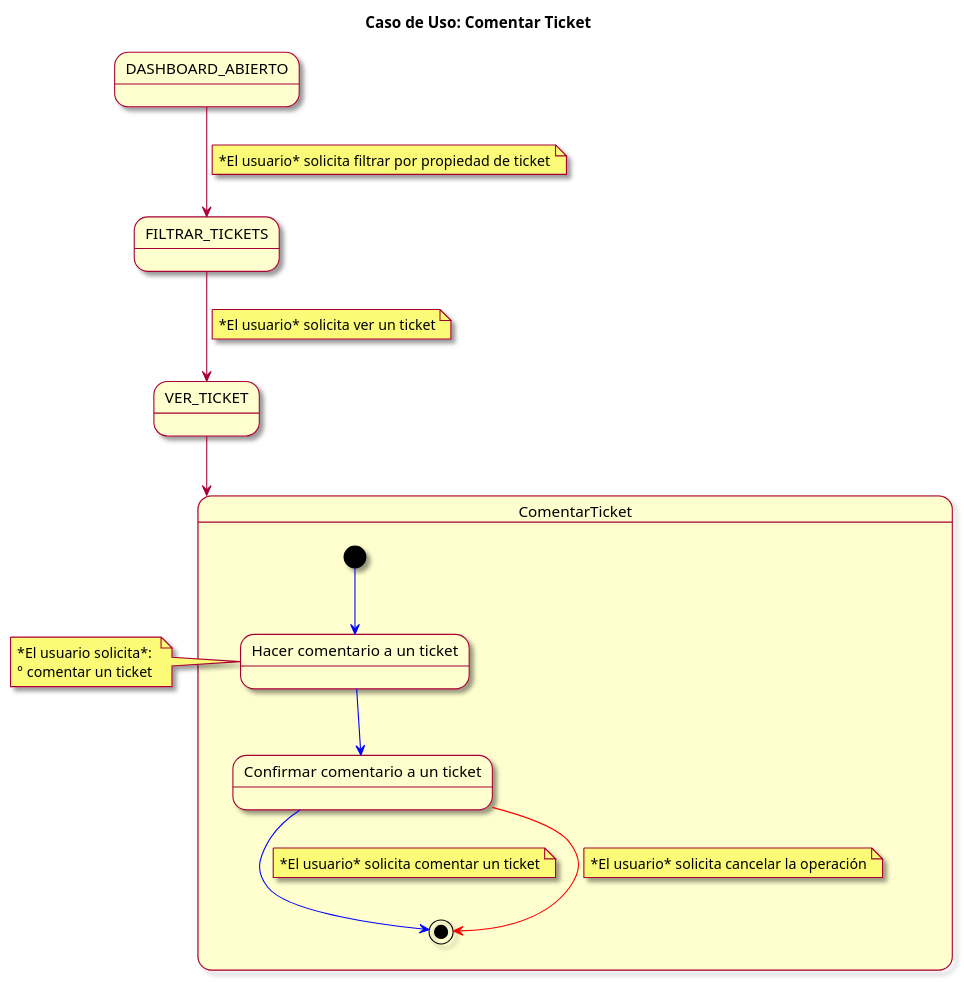
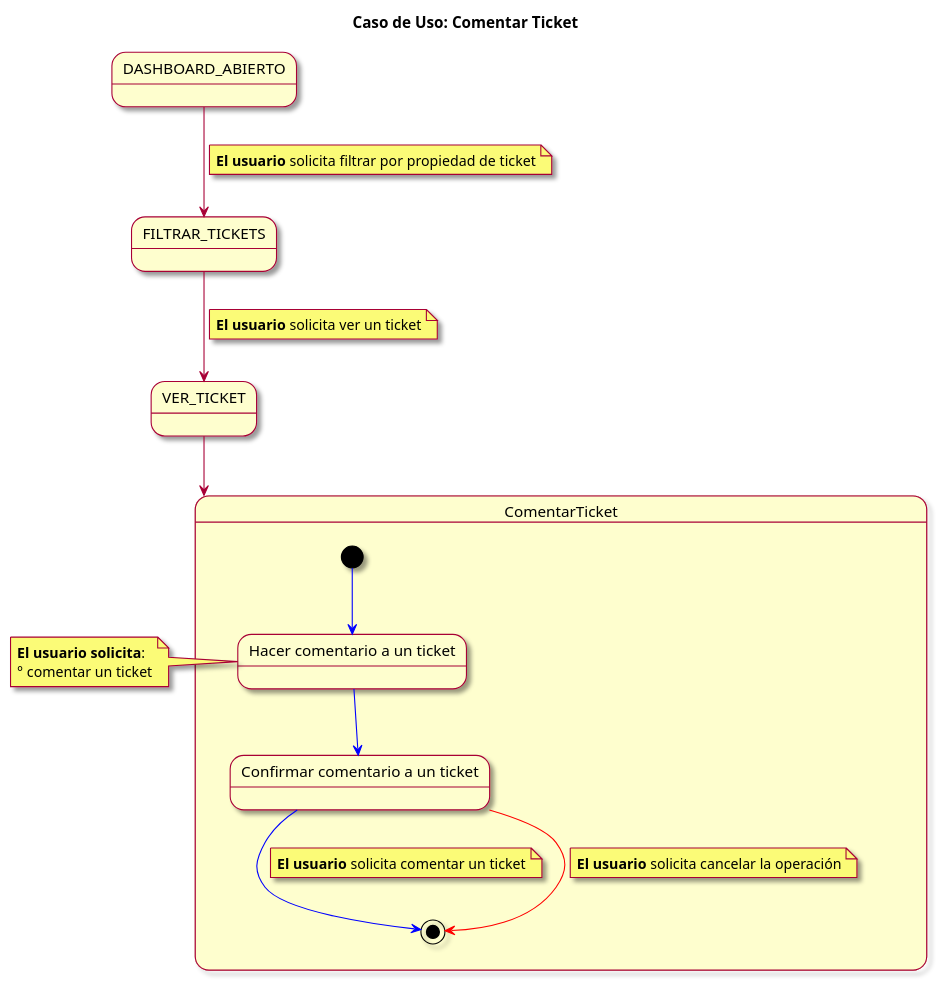
One commit to mmasias/23-24-IdSw1-SDR changed the diagram in modelosUML/CasosDeUsos/CasosDetallados/ComentarTicket.puml. Above: the diagram before and after it, drawn with PlantUML. The commit also changed 7 other files, not shown here.

```diff
--- a/modelosUML/CasosDeUsos/CasosDetallados/ComentarTicket.puml
+++ b/modelosUML/CasosDeUsos/CasosDetallados/ComentarTicket.puml
@@ -1,35 +1,35 @@
 @startuml
 skin rose
 title Caso de Uso: Comentar Ticket
 
 state DASHBOARD_ABIERTO
 state VER_TICKET
 state FILTRAR_TICKETS
 
 DASHBOARD_ABIERTO --> FILTRAR_TICKETS
-note on link: *El usuario* solicita filtrar por propiedad de ticket
+note on link: **El usuario** solicita filtrar por propiedad de ticket
 FILTRAR_TICKETS --> VER_TICKET
-note on link: *El usuario* solicita ver un ticket
+note on link: **El usuario** solicita ver un ticket
 VER_TICKET --> ComentarTicket
 
 state ComentarTicket {
 
   [*] -[#blue]-> comentarTicket
   state "Hacer comentario a un ticket" as comentarTicket
   comentarTicket -[#blue]-> confirmarComentario
   state "Confirmar comentario a un ticket" as confirmarComentario
   confirmarComentario -[#blue]-> [*]
-  note on link: *El usuario* solicita comentar un ticket
+  note on link: **El usuario** solicita comentar un ticket
     
   confirmarComentario -[#red]-> [*]
-  note on link: *El usuario* solicita cancelar la operación
+  note on link: **El usuario** solicita cancelar la operación
     
 }
 
 
 note left of comentarTicket
-  *El usuario solicita*: 
+  **El usuario solicita**: 
   ° comentar un ticket
 end note
 
 @enduml
```
